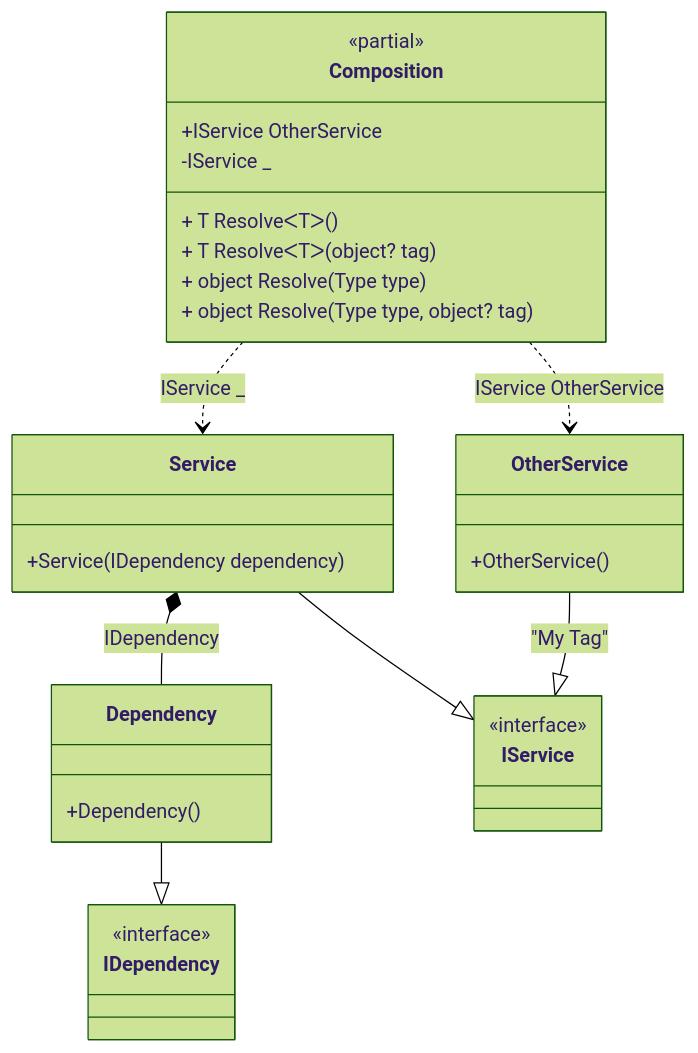
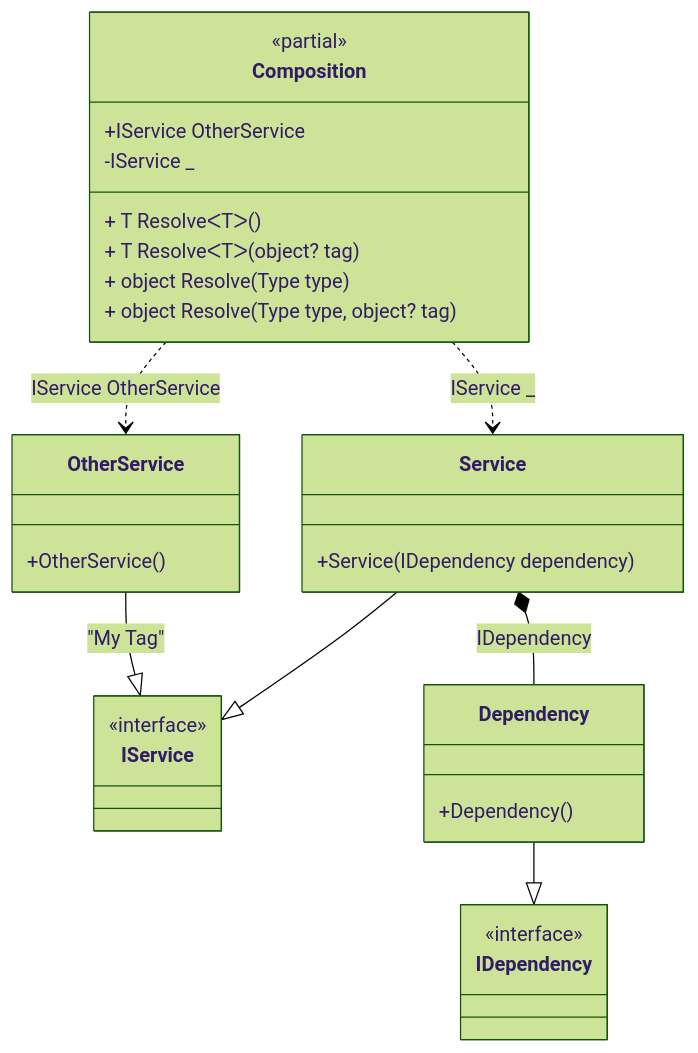
The diagram in readme/resolve-methods.md (DevTeam/Pure.DI), drawn with Mermaid (forest theme) before and after one commit. The commit also changed other lines of this file and 92 other files, not shown here.

````diff
--- a/readme/resolve-methods.md
+++ b/readme/resolve-methods.md
@@ -211,33 +211,33 @@
 ```mermaid
 classDiagram
 	class Composition {
 		<<partial>>
 		+IService OtherService
 		-IService _
 		+ T ResolveᐸTᐳ()
 		+ T ResolveᐸTᐳ(object? tag)
 		+ object Resolve(Type type)
 		+ object Resolve(Type type, object? tag)
 	}
-	Dependency --|> IDependency
-	class Dependency {
-		+Dependency()
+	OtherService --|> IService : "My Tag" 
+	class OtherService {
+		+OtherService()
 	}
 	Service --|> IService
 	class Service {
 		+Service(IDependency dependency)
 	}
-	OtherService --|> IService : "My Tag" 
-	class OtherService {
-		+OtherService()
+	Dependency --|> IDependency
+	class Dependency {
+		+Dependency()
+	}
+	class IService {
+		<<interface>>
 	}
 	class IDependency {
-		<<interface>>
-	}
-	class IService {
 		<<interface>>
 	}
 	Composition ..> OtherService : IService OtherService
 	Composition ..> Service : IService _
 	Service *--  Dependency : IDependency
 ```
````
